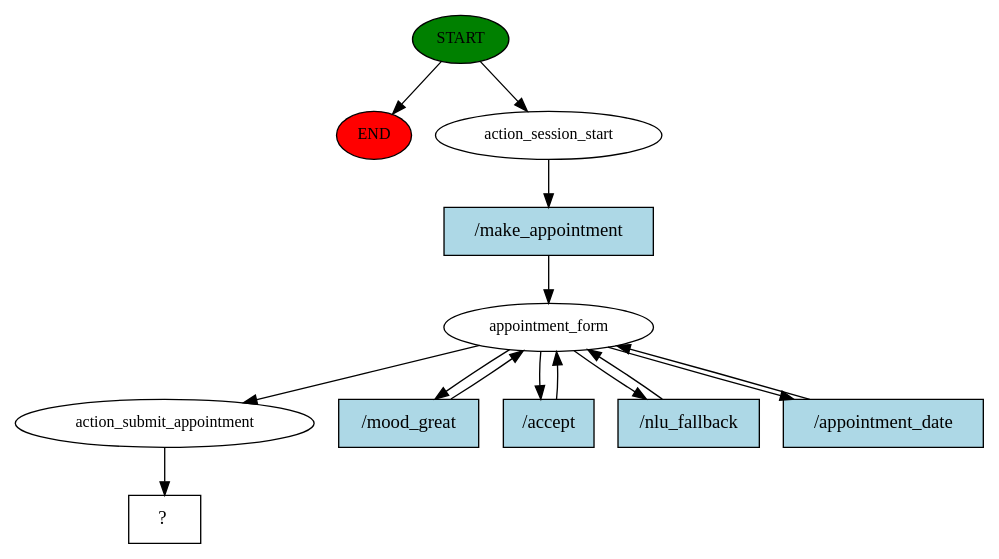
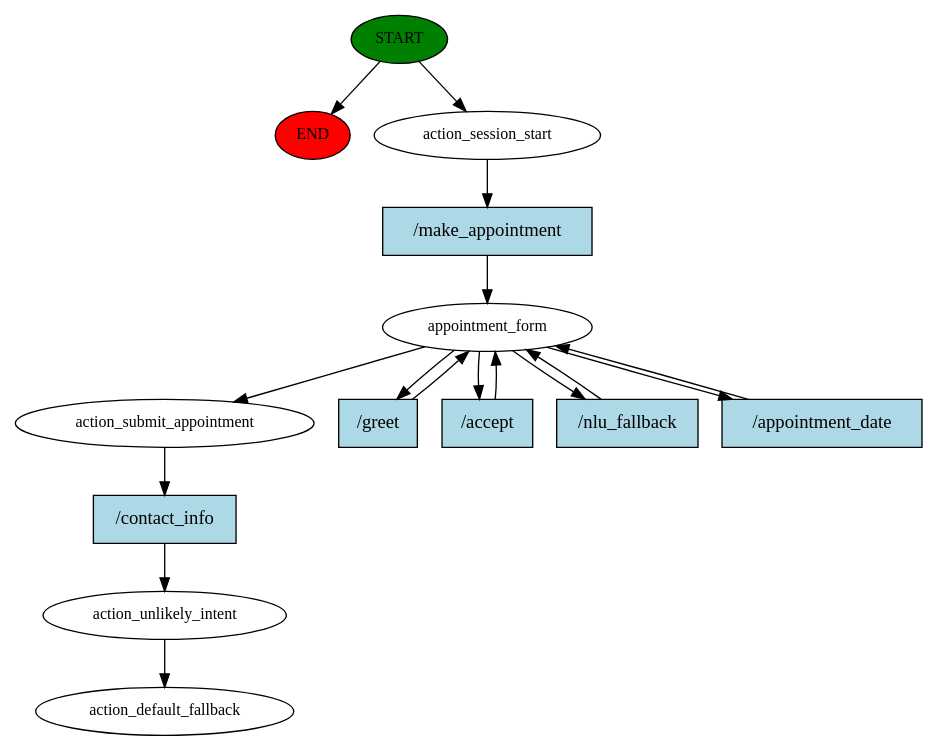
One commit to Localized-Medical-Chatbot/Medical_Chatbot changed the diagram in story_graph.dot. Above: the diagram before and after it, drawn with Graphviz. The commit also changed 2 other files, not shown here.

```diff
--- a/story_graph.dot
+++ b/story_graph.dot
@@ -1,27 +1,31 @@
 digraph  {
 0 [class="start active", fillcolor=green, fontsize=12, label=START, style=filled];
 "-1" [class=end, fillcolor=red, fontsize=12, label=END, style=filled];
 1 [class=active, fontsize=12, label=action_session_start];
 2 [class=active, fontsize=12, label=appointment_form];
 7 [class=active, fontsize=12, label=action_submit_appointment];
-8 [class="intent dashed active", label="  ?  ", shape=rect];
-9 [class="intent active", fillcolor=lightblue, label="/make_appointment", shape=rect, style=filled];
-10 [class="intent active", fillcolor=lightblue, label="/mood_great", shape=rect, style=filled];
-11 [class="intent active", fillcolor=lightblue, label="/accept", shape=rect, style=filled];
-12 [class="intent active", fillcolor=lightblue, label="/nlu_fallback", shape=rect, style=filled];
-13 [class="intent active", fillcolor=lightblue, label="/appointment_date", shape=rect, style=filled];
+8 [class=active, fontsize=12, label=action_unlikely_intent];
+9 [class="dashed active", fontsize=12, label=action_default_fallback];
+10 [class="intent active", fillcolor=lightblue, label="/make_appointment", shape=rect, style=filled];
+11 [class="intent active", fillcolor=lightblue, label="/greet", shape=rect, style=filled];
+12 [class="intent active", fillcolor=lightblue, label="/accept", shape=rect, style=filled];
+13 [class="intent active", fillcolor=lightblue, label="/nlu_fallback", shape=rect, style=filled];
+14 [class="intent active", fillcolor=lightblue, label="/appointment_date", shape=rect, style=filled];
+15 [class="intent active", fillcolor=lightblue, label="/contact_info", shape=rect, style=filled];
 0 -> "-1"  [class="", key=NONE, label=""];
 0 -> 1  [class=active, key=NONE, label=""];
-1 -> 9  [class=active, key=0];
+1 -> 10  [class=active, key=0];
 2 -> 7  [class=active, key=NONE, label=""];
-2 -> 10  [class=active, key=0];
 2 -> 11  [class=active, key=0];
 2 -> 12  [class=active, key=0];
 2 -> 13  [class=active, key=0];
-7 -> 8  [class=active, key=NONE, label=""];
-9 -> 2  [class=active, key=0];
+2 -> 14  [class=active, key=0];
+7 -> 15  [class=active, key=0];
+8 -> 9  [class=active, key=NONE, label=""];
 10 -> 2  [class=active, key=0];
 11 -> 2  [class=active, key=0];
 12 -> 2  [class=active, key=0];
 13 -> 2  [class=active, key=0];
+14 -> 2  [class=active, key=0];
+15 -> 8  [class=active, key=0];
 }
```
